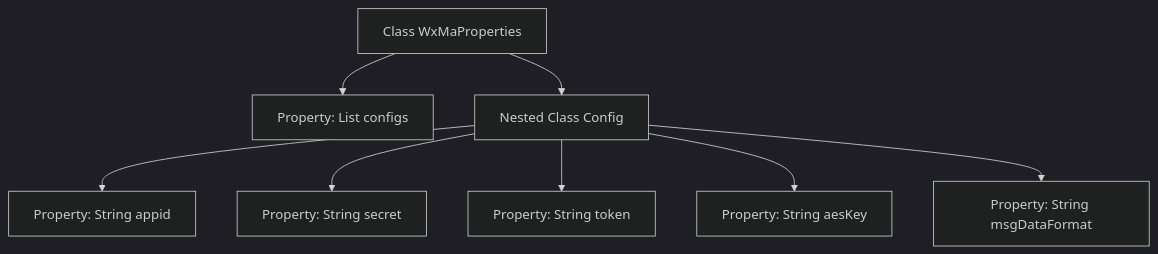
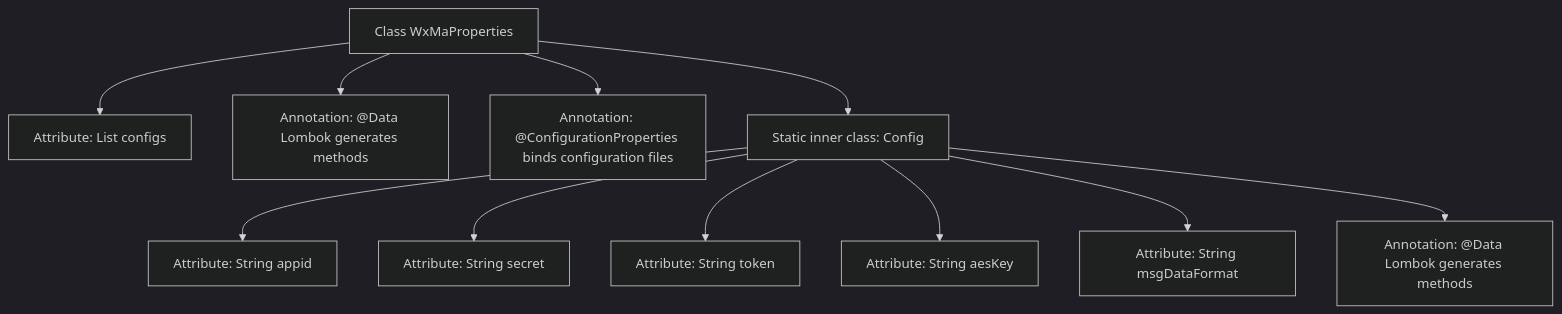
One commit to v-wjrong/imrrong_weixin-java-miniapp-demo changed the second of 2 diagrams in docs/en/docs/src/main/java/com/github/binarywang/demo/wx/miniapp/config/WxMaProperties.md. Above: the diagram before and after it, drawn with Mermaid (dark theme). The commit also changed other lines of this file and 51 other files, not shown here.

````diff
--- a/docs/en/docs/src/main/java/com/github/binarywang/demo/wx/miniapp/config/WxMaProperties.md
+++ b/docs/en/docs/src/main/java/com/github/binarywang/demo/wx/miniapp/config/WxMaProperties.md
@@ -70,19 +70,25 @@
 ```mermaid
 graph TD
     A["Class WxMaProperties"]
-    B["Property: List<Config> configs"]
-    C["Nested Class Config"]
-    D["Property: String appid"]
-    E["Property: String secret"]
-    F["Property: String token"]
-    G["Property: String aesKey"]
-    H["Property: String msgDataFormat"]
+    B["Attribute: List<Config> configs"]
+    C["Annotation: @Data Lombok generates methods"]
+    D["Annotation: @ConfigurationProperties binds configuration files"]
+    E["Static inner class: Config"]
+    F["Attribute: String appid"]
+    G["Attribute: String secret"]
+    H["Attribute: String token"]
+    I["Attribute: String aesKey"]
+    J["Attribute: String msgDataFormat"]
+    K["Annotation: @Data Lombok generates methods"]
 
     A --> B
     A --> C
-    C --> D
-    C --> E
-    C --> F
-    C --> G
-    C --> H
+    A --> D
+    A --> E
+    E --> F
+    E --> G
+    E --> H
+    E --> I
+    E --> J
+    E --> K
 ```
````
